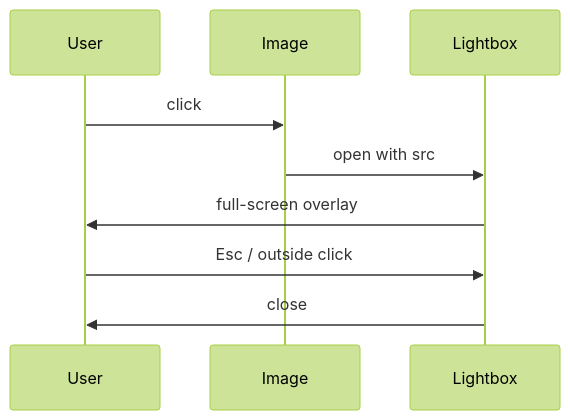
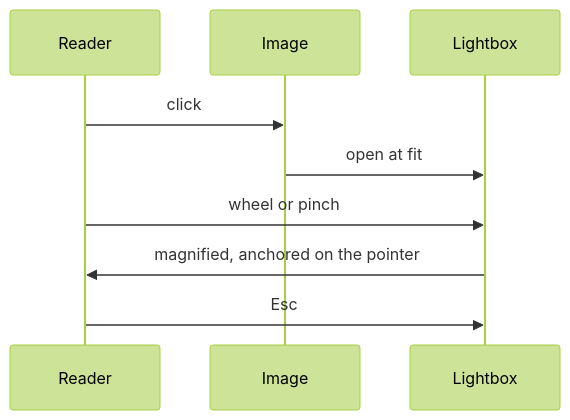
The diagram in playground/docs/v1/components/002-image-lightbox.md (TechFides/tf-doc-vault), drawn with Mermaid (forest theme) before and after one commit. The commit also changed other lines of this file and 5 other files, not shown here.

First line of the commit message:
feat(theme): let the lightbox zoom into a diagram

````diff
--- a/playground/docs/v1/components/002-image-lightbox.md
+++ b/playground/docs/v1/components/002-image-lightbox.md
@@ -24,8 +52,8 @@
 ```mermaid
 sequenceDiagram
-    User->>Image: click
-    Image->>Lightbox: open with src
-    Lightbox->>User: full-screen overlay
-    User->>Lightbox: Esc / outside click
-    Lightbox->>User: close
+    Reader->>Image: click
+    Image->>Lightbox: open at fit
+    Reader->>Lightbox: wheel or pinch
+    Lightbox->>Reader: magnified, anchored on the pointer
+    Reader->>Lightbox: Esc
 ```
````
